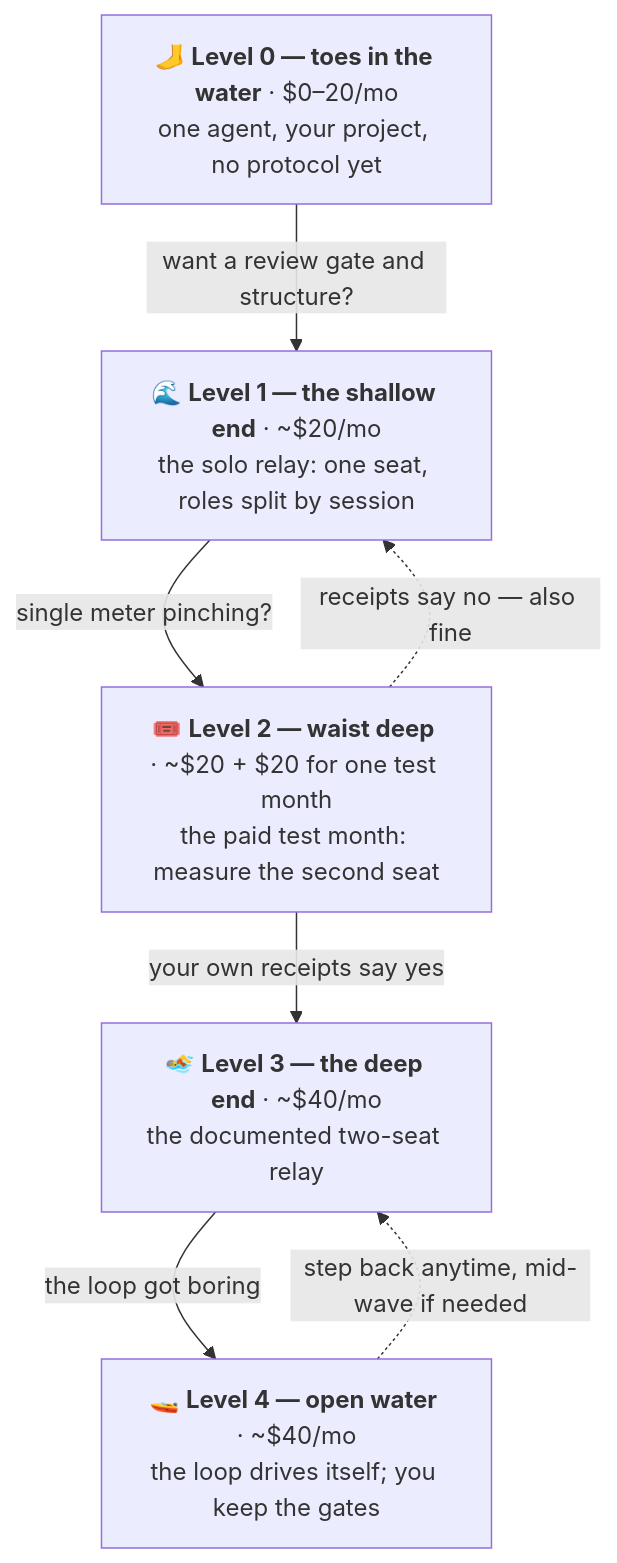
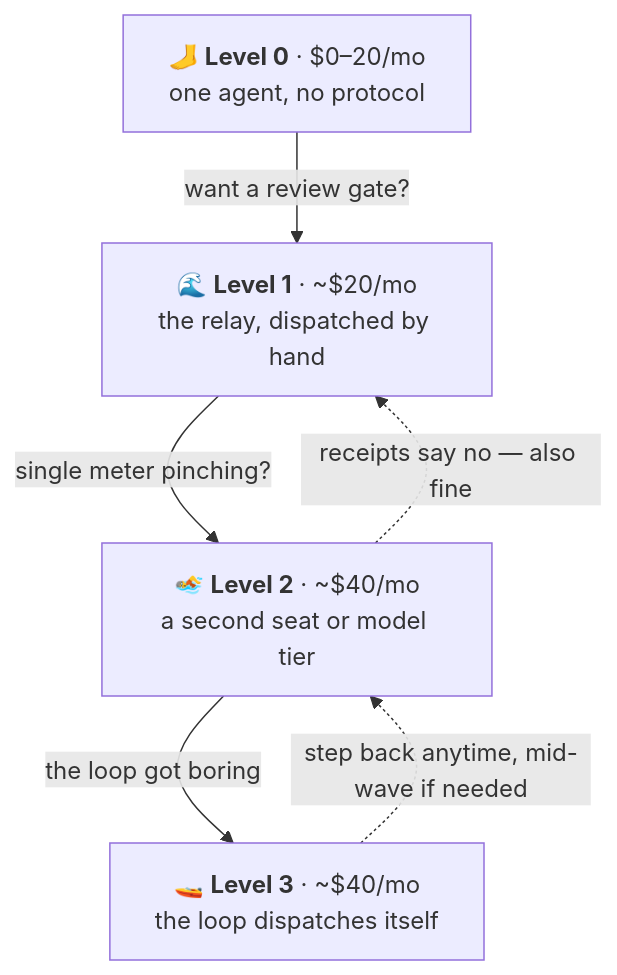
One commit to Sethysethyseth/the-poor-mans-agentic-workflow changed the second of 2 diagrams in README.md. Above: the diagram before and after it, drawn with Mermaid. The commit also changed other lines of this file and 3 other files, not shown here.

````diff
--- a/README.md
+++ b/README.md
@@ -218,14 +159,12 @@
 ```mermaid
 flowchart TD
-    L0["🦶 <b>Level 0 — toes in the water</b> · $0–20/mo<br/>one agent, your project, no protocol yet"]
-    L1["🌊 <b>Level 1 — the shallow end</b> · ~$20/mo<br/>the solo relay: one seat, roles split by session"]
-    L2["🎟️ <b>Level 2 — waist deep</b> · ~$20 + $20 for one test month<br/>the paid test month: measure the second seat"]
-    L3["🏊 <b>Level 3 — the deep end</b> · ~$40/mo<br/>the documented two-seat relay"]
-    L4["🚤 <b>Level 4 — open water</b> · ~$40/mo<br/>the loop drives itself; you keep the gates"]
-    L0 -- "want a review gate and structure?" --> L1
+    L0["🦶 <b>Level 0</b> · $0–20/mo<br/>one agent, no protocol"]
+    L1["🌊 <b>Level 1</b> · ~$20/mo<br/>the relay, dispatched by hand"]
+    L2["🏊 <b>Level 2</b> · ~$40/mo<br/>a second seat or model tier"]
+    L3["🚤 <b>Level 3</b> · ~$40/mo<br/>the loop dispatches itself"]
+    L0 -- "want a review gate?" --> L1
     L1 -- "single meter pinching?" --> L2
-    L2 -- "your own receipts say yes" --> L3
-    L3 -- "the loop got boring" --> L4
+    L2 -- "the loop got boring" --> L3
     L2 -. "receipts say no — also fine" .-> L1
-    L4 -. "step back anytime, mid-wave if needed" .-> L3
+    L3 -. "step back anytime, mid-wave if needed" .-> L2
 ```
````
